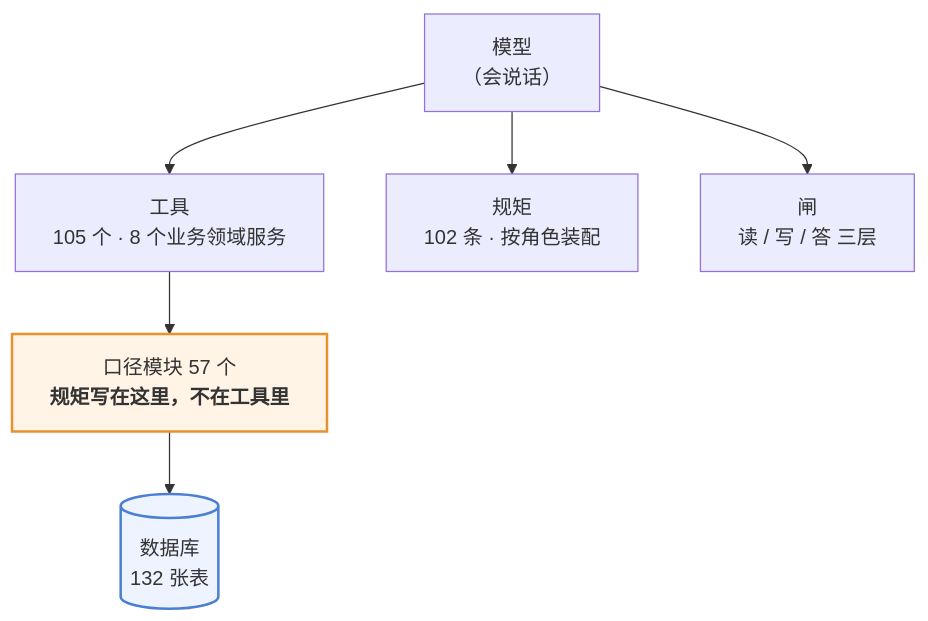
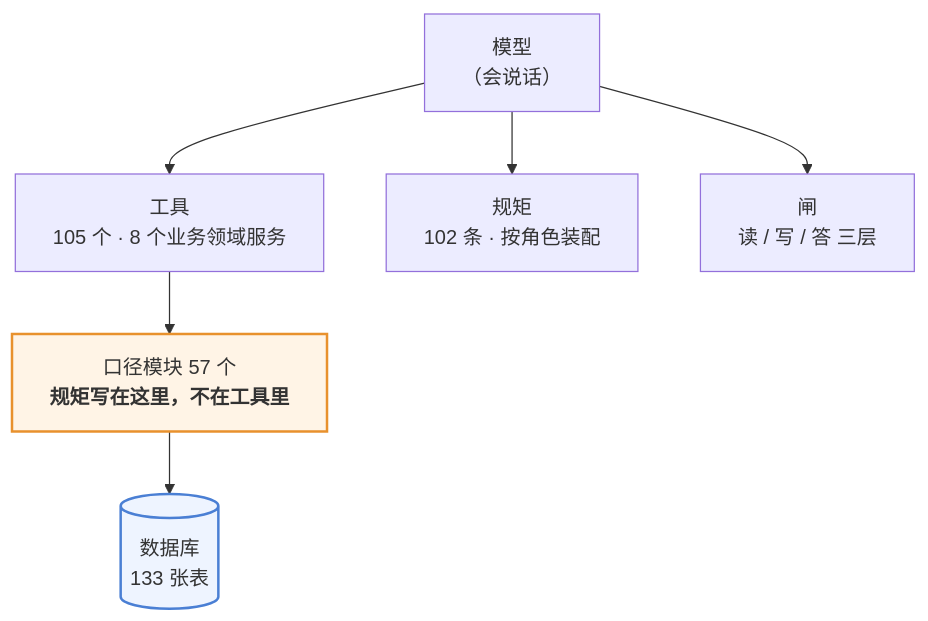
The first of 3 diagrams in 澜绣云裳agent-产品说明.md (843773296-rgb/lanxiu-yunshang-agent), drawn with Mermaid before and after one commit. The commit also changed other lines of this file and 6 other files, not shown here.

````diff
--- a/澜绣云裳agent-产品说明.md
+++ b/澜绣云裳agent-产品说明.md
@@ -62,12 +62,12 @@
 ```mermaid
 flowchart TD
     M["模型<br/>（会说话）"]
     M --> T["工具<br/>105 个 · 8 个业务领域服务"]
     M --> R["规矩<br/>102 条 · 按角色装配"]
     M --> G["闸<br/>读 / 写 / 答 三层"]
     T --> K["口径模块 57 个<br/><b>规矩写在这里，不在工具里</b>"]
-    K --> DB[("数据库<br/>132 张表")]
+    K --> DB[("数据库<br/>133 张表")]
 
     style K fill:#fff4e6,stroke:#e8912d,stroke-width:2px
     style DB fill:#eef4ff,stroke:#4a7fd4,stroke-width:2px
 ```
````
